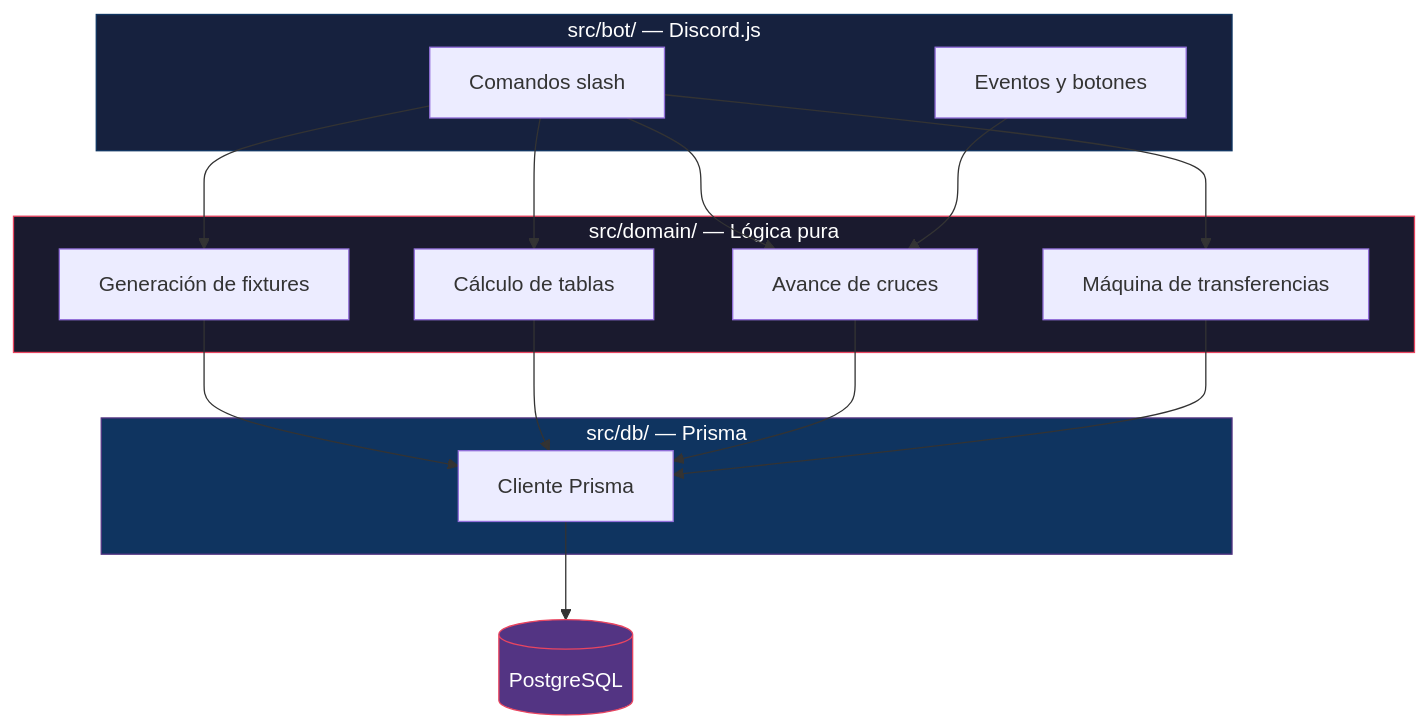
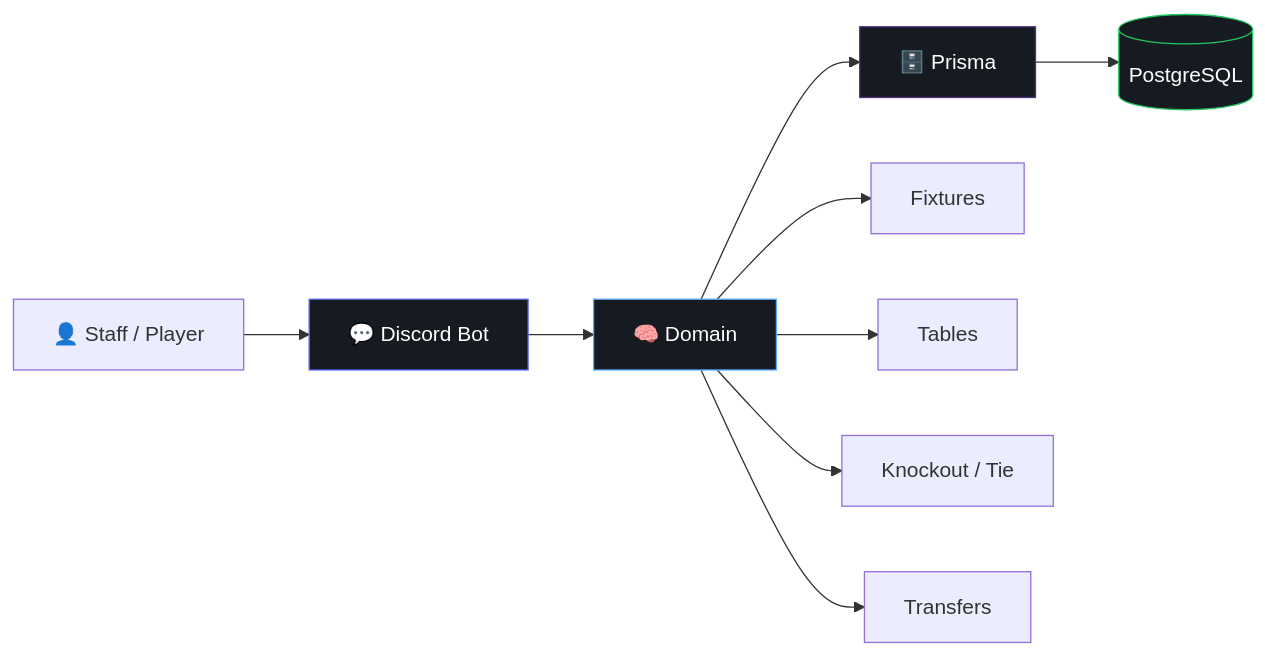
The first of 4 diagrams in README.md (Kevris/AGON), drawn with Mermaid before and after one commit. The commit also changed other lines of this file and 1 other file, not shown here.

````diff
--- a/README.md
+++ b/README.md
@@ -86,36 +155,17 @@
 ```mermaid
-flowchart TD
-    subgraph Bot["src/bot/ — Discord.js"]
-        CMD[Comandos slash]
-        EVT[Eventos y botones]
-    end
+flowchart LR
+    U["👤 Staff / Player"] --> B["💬 Discord Bot"]
+    B --> D["🧠 Domain"]
+    D --> DB["🗄️ Prisma"]
+    DB --> P[("PostgreSQL")]
 
-    subgraph Domain["src/domain/ — Lógica pura"]
-        FIX[Generación de fixtures]
-        TAB[Cálculo de tablas]
-        TIE[Avance de cruces]
-        MKT[Máquina de transferencias]
-    end
+    D --> F["Fixtures"]
+    D --> T["Tables"]
+    D --> K["Knockout / Tie"]
+    D --> M["Transfers"]
 
-    subgraph DB["src/db/ — Prisma"]
-        PRISMA[Cliente Prisma]
-    end
-
-    PG[(PostgreSQL)]
-
-    CMD --> FIX
-    CMD --> TAB
-    CMD --> TIE
-    CMD --> MKT
-    EVT --> TIE
-    FIX --> PRISMA
-    TAB --> PRISMA
-    TIE --> PRISMA
-    MKT --> PRISMA
-    PRISMA --> PG
-
-    style Domain fill:#1a1a2e,stroke:#e94560,color:#fff
-    style Bot fill:#16213e,stroke:#0f3460,color:#fff
-    style DB fill:#0f3460,stroke:#533483,color:#fff
-    style PG fill:#533483,stroke:#e94560,color:#fff
+    style D fill:#161B22,stroke:#58A6FF,color:#fff
+    style B fill:#161B22,stroke:#5865F2,color:#fff
+    style DB fill:#161B22,stroke:#533483,color:#fff
+    style P fill:#161B22,stroke:#22c55e,color:#fff
 ```
````
